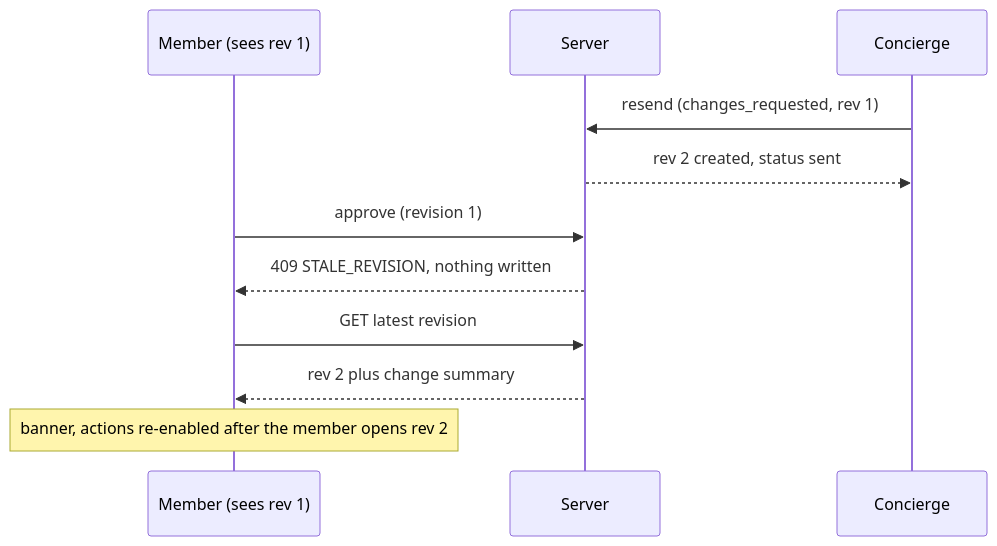
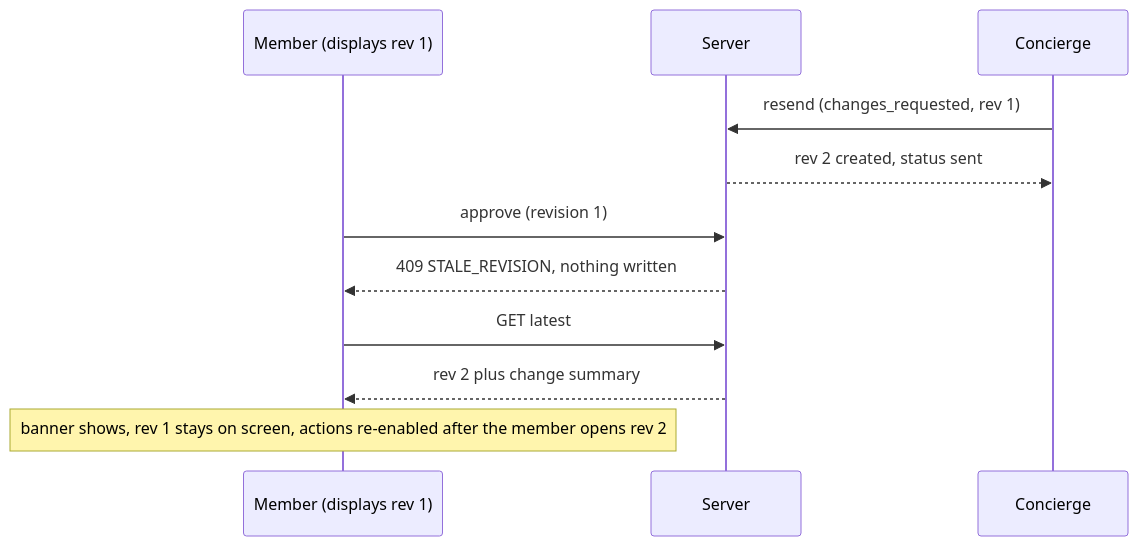
Before and after one commit to bohdankopcha/itinerary-proposal-system: the second of 2 diagrams in docs/specs/001-revision-requests-and-conversation/spec.md, drawn with Mermaid. The commit also changed other lines of this file and 1 other file, not shown here.

````diff
--- a/docs/specs/001-revision-requests-and-conversation/spec.md
+++ b/docs/specs/001-revision-requests-and-conversation/spec.md
@@ -116,13 +117,13 @@
 ```mermaid
 sequenceDiagram
-    participant M as Member (sees rev 1)
+    participant M as Member (displays rev 1)
     participant S as Server
     participant C as Concierge
     C->>S: resend (changes_requested, rev 1)
     S-->>C: rev 2 created, status sent
     M->>S: approve (revision 1)
     S-->>M: 409 STALE_REVISION, nothing written
-    M->>S: GET latest revision
+    M->>S: GET latest
     S-->>M: rev 2 plus change summary
-    Note over M: banner, actions re-enabled after the member opens rev 2
+    Note over M: banner shows, rev 1 stays on screen, actions re-enabled after the member opens rev 2
 ```
````
